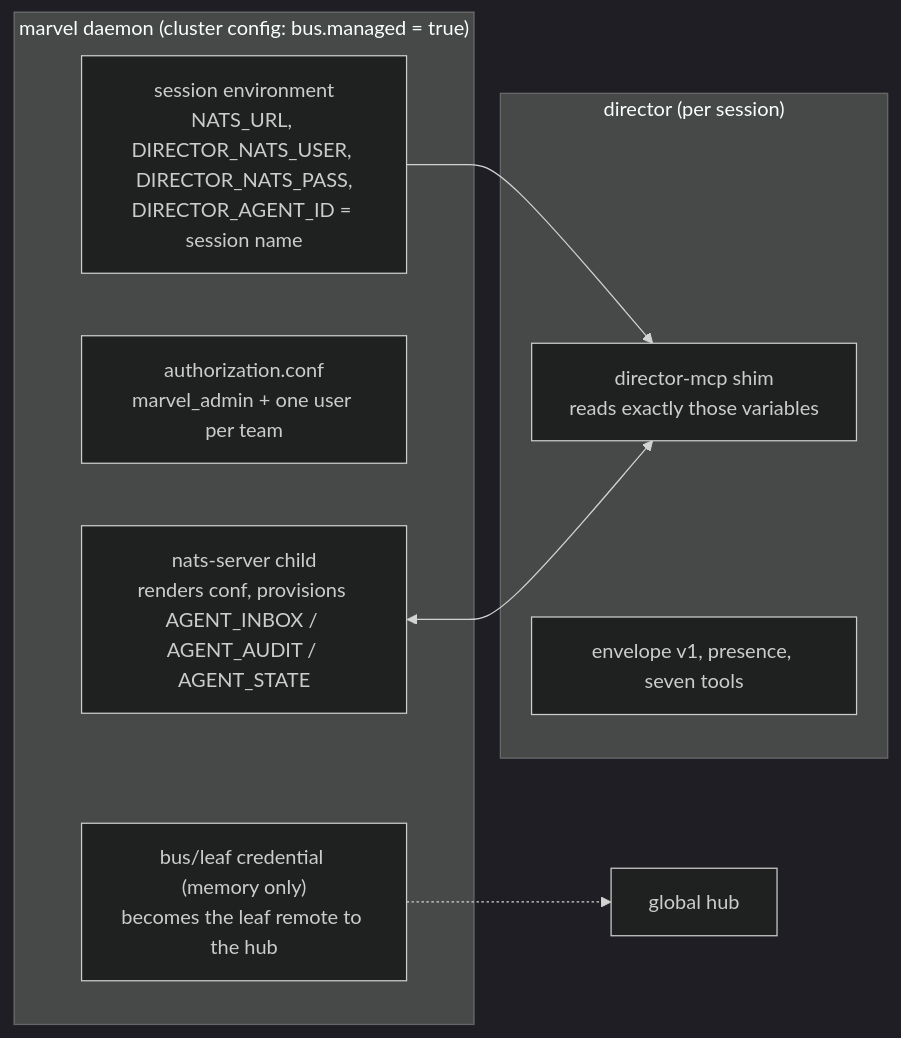
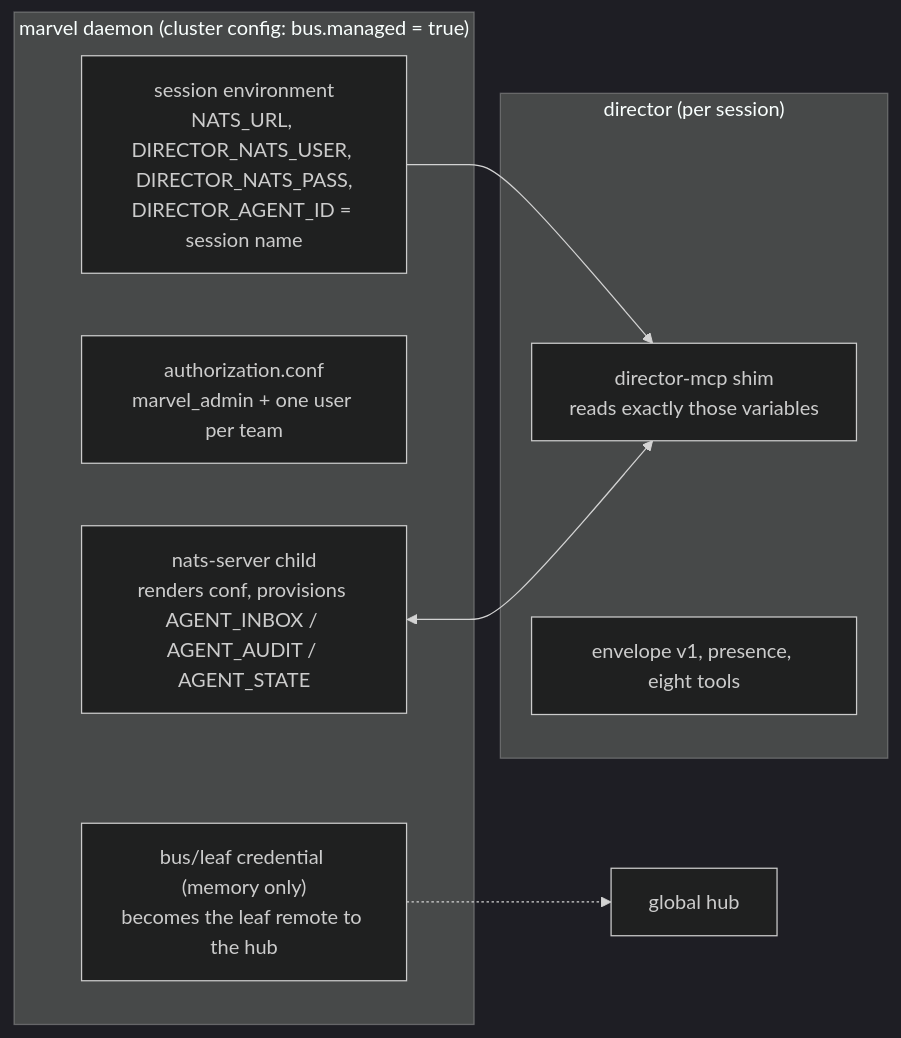
One commit to ArcavenAE/director changed the sixth of 11 diagrams in docs/architecture.md. Above: the diagram before and after it, drawn with Mermaid (dark theme). The commit also changed 2 other files, not shown here.

Commit message:
docs(director): say eight tools now that audit_lookup is on main
The README, the architecture diagram and the getting-started guide still
counted seven tools after #407, and the guide's list of tool names left
out audit_lookup. docs/shim-reference.md already says eight.

````diff
--- a/docs/architecture.md
+++ b/docs/architecture.md
@@ -179,16 +179,16 @@
 ```mermaid
 flowchart LR
   subgraph marvel["marvel daemon (cluster config: bus.managed = true)"]
     N["nats-server child<br/>renders conf, provisions AGENT_INBOX / AGENT_AUDIT / AGENT_STATE"]
     AUTH["authorization.conf<br/>marvel_admin + one user per team"]
     ENV["session environment<br/>NATS_URL, DIRECTOR_NATS_USER, DIRECTOR_NATS_PASS,<br/>DIRECTOR_AGENT_ID = session name"]
     LEAF["bus/leaf credential (memory only)<br/>becomes the leaf remote to the hub"]
   end
   subgraph director["director (per session)"]
     SHIM["director-mcp shim<br/>reads exactly those variables"]
-    PROTO["envelope v1, presence, seven tools"]
+    PROTO["envelope v1, presence, eight tools"]
   end
   ENV --> SHIM
   N <--> SHIM
   LEAF -.-> HUB["global hub"]
 ```
````
